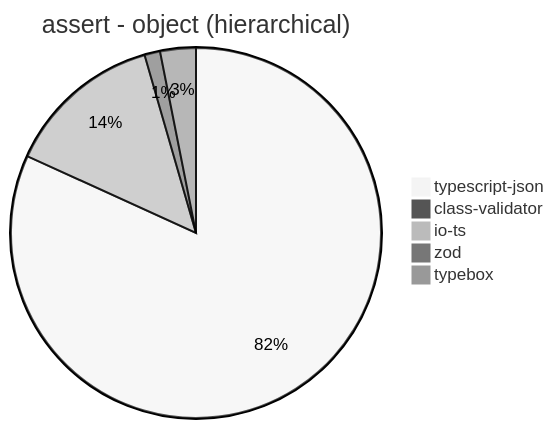
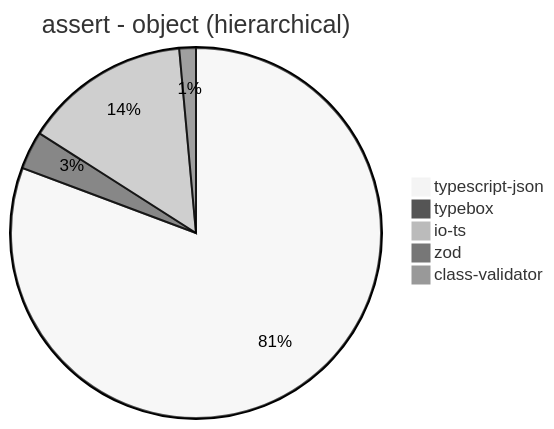
The ninth of 39 diagrams in benchmark/results/AMD Ryzen 7 5800H with Radeon Graphics.md (samchon/typia), drawn with Mermaid (neutral theme) before and after one commit. The commit also changed other lines of this file and 7 other files, not shown here.

````diff
--- a/benchmark/results/AMD Ryzen 7 5800H with Radeon Graphics.md
+++ b/benchmark/results/AMD Ryzen 7 5800H with Radeon Graphics.md
@@ -126,8 +126,8 @@
 ```mermaid
 pie title assert - object (hierarchical)
-  "typescript-json": 23307.97035966022
-  "class-validator": 59.84945841747751
-  "io-ts": 3909.505564677979
-  "zod": 387.3656909966655
-  "typebox": 887.772774506408
+  "typescript-json": 22103.972798854687
+  "typebox": 910.1103273648038
+  "io-ts": 3977.028258887876
+  "zod": 396.7032967032967
+  "class-validator": 55.913978494623656
 ```
````
